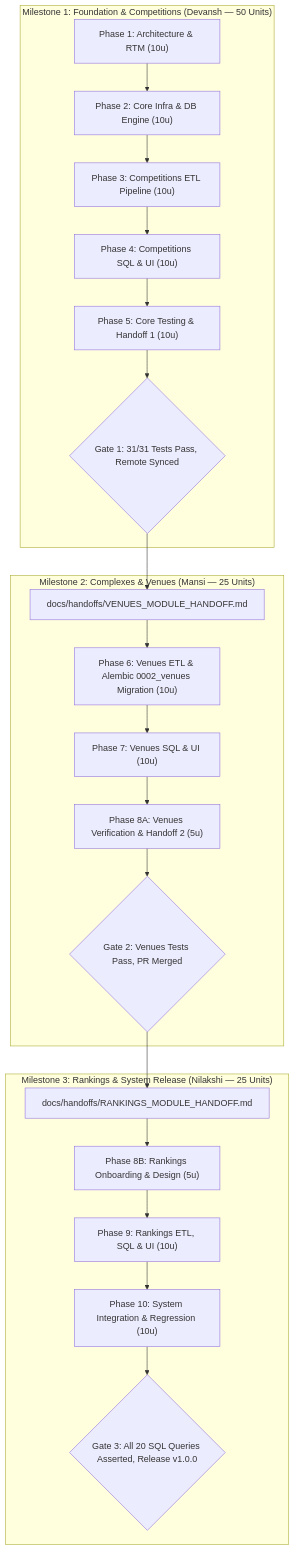
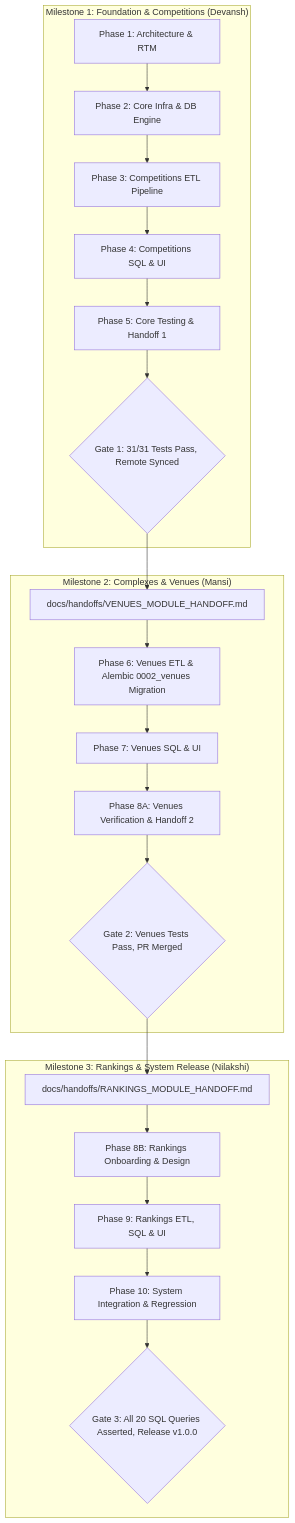
Before and after one commit to Devansh54/CourtIQ: the sixth of 6 diagrams in docs/COURTIQ_ARCHITECTURE_AND_PHASED_IMPLEMENTATION_PLAN.md, drawn with Mermaid. The commit also changed other lines of this file and 23 other files, not shown here.

Commit message:
feat(release): remove contributor percentages, add 1-click database initialization, and repair venues/rankings UI

````diff
--- a/docs/COURTIQ_ARCHITECTURE_AND_PHASED_IMPLEMENTATION_PLAN.md
+++ b/docs/COURTIQ_ARCHITECTURE_AND_PHASED_IMPLEMENTATION_PLAN.md
@@ -430,31 +420,31 @@
 ```mermaid
 flowchart TD
-    subgraph Milestone1["Milestone 1: Foundation & Competitions (Devansh — 50 Units)"]
-        P1["Phase 1: Architecture & RTM (10u)"] --> P2["Phase 2: Core Infra & DB Engine (10u)"]
-        P2 --> P3["Phase 3: Competitions ETL Pipeline (10u)"]
-        P3 --> P4["Phase 4: Competitions SQL & UI (10u)"]
-        P4 --> P5["Phase 5: Core Testing & Handoff 1 (10u)"]
+    subgraph Milestone1["Milestone 1: Foundation & Competitions (Devansh)"]
+        P1["Phase 1: Architecture & RTM"] --> P2["Phase 2: Core Infra & DB Engine"]
+        P2 --> P3["Phase 3: Competitions ETL Pipeline"]
+        P3 --> P4["Phase 4: Competitions SQL & UI"]
+        P4 --> P5["Phase 5: Core Testing & Handoff 1"]
         G1{"Gate 1: 31/31 Tests Pass, Remote Synced"}
         P5 --> G1
     end
 
-    subgraph Milestone2["Milestone 2: Complexes & Venues (Mansi — 25 Units)"]
+    subgraph Milestone2["Milestone 2: Complexes & Venues (Mansi)"]
         H1["docs/handoffs/VENUES_MODULE_HANDOFF.md"]
         G1 --> H1
-        H1 --> P6["Phase 6: Venues ETL & Alembic 0002_venues Migration (10u)"]
-        P6 --> P7["Phase 7: Venues SQL & UI (10u)"]
-        P7 --> P8A["Phase 8A: Venues Verification & Handoff 2 (5u)"]
+        H1 --> P6["Phase 6: Venues ETL & Alembic 0002_venues Migration"]
+        P6 --> P7["Phase 7: Venues SQL & UI"]
+        P7 --> P8A["Phase 8A: Venues Verification & Handoff 2"]
         G2{"Gate 2: Venues Tests Pass, PR Merged"}
         P8A --> G2
     end
 
-    subgraph Milestone3["Milestone 3: Rankings & System Release (Nilakshi — 25 Units)"]
+    subgraph Milestone3["Milestone 3: Rankings & System Release (Nilakshi)"]
         H2["docs/handoffs/RANKINGS_MODULE_HANDOFF.md"]
         G2 --> H2
-        H2 --> P8B["Phase 8B: Rankings Onboarding & Design (5u)"]
-        P8B --> P9["Phase 9: Rankings ETL, SQL & UI (10u)"]
-        P9 --> P10["Phase 10: System Integration & Regression (10u)"]
+        H2 --> P8B["Phase 8B: Rankings Onboarding & Design"]
+        P8B --> P9["Phase 9: Rankings ETL, SQL & UI"]
+        P9 --> P10["Phase 10: System Integration & Regression"]
         G3{"Gate 3: All 20 SQL Queries Asserted, Release v1.0.0"}
         P10 --> G3
     end
 ```
````
